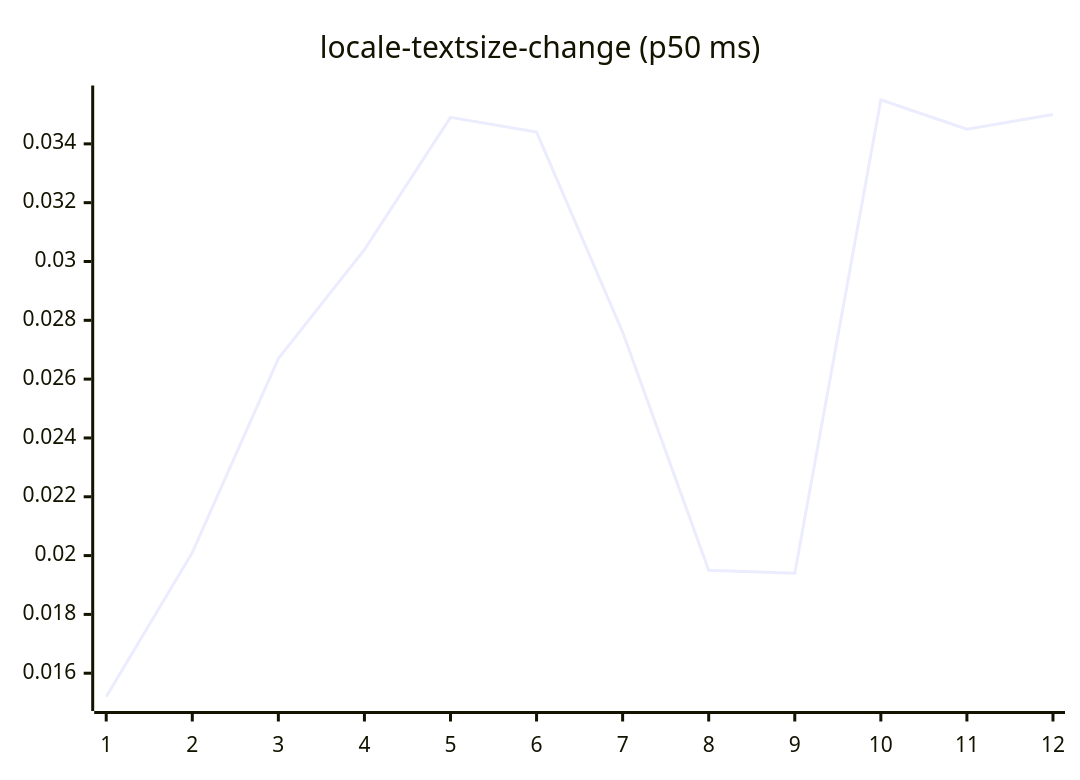
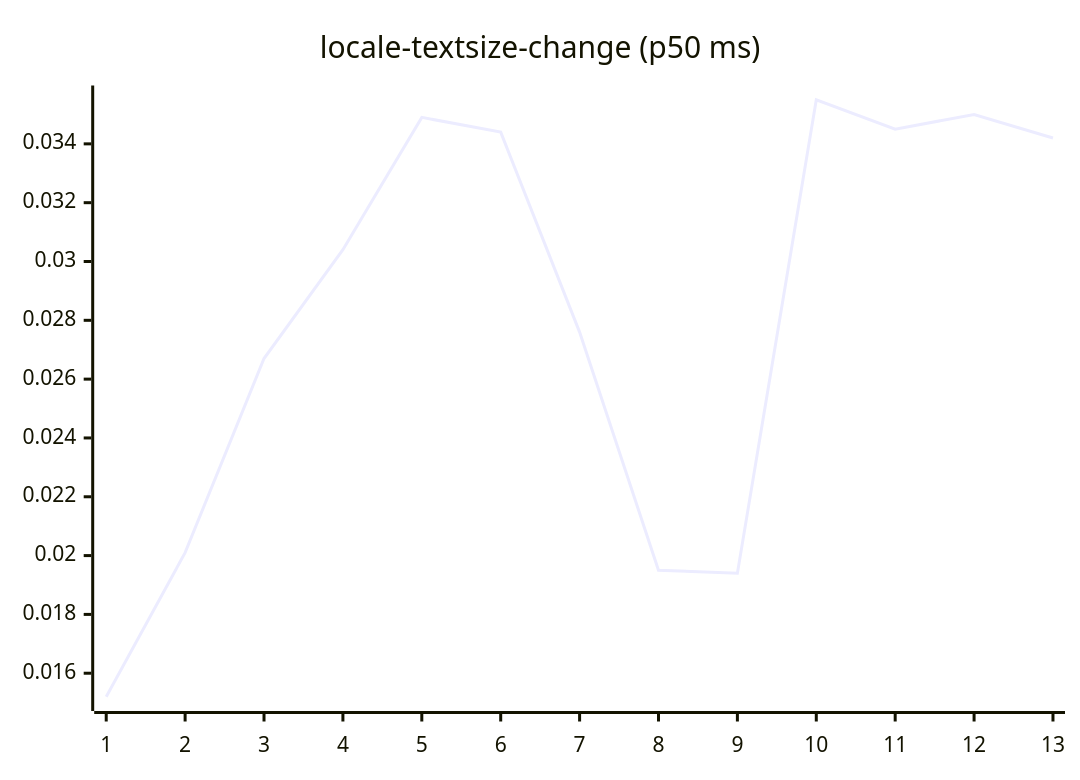
Before and after one commit to josha/Facet: diagram 13 of 27 in README.md, drawn with Mermaid. The commit also changed other lines of this file and 2 other files, not shown here.

````diff
--- a/README.md
+++ b/README.md
@@ -147,6 +147,6 @@
 ```mermaid
 xychart-beta
     title "locale-textsize-change (p50 ms)"
-    x-axis 1 --> 12
-    line [0.0152, 0.0201, 0.0267, 0.0304, 0.0349, 0.0344, 0.0276, 0.0195, 0.0194, 0.0355, 0.0345, 0.0350]
+    x-axis 1 --> 13
+    line [0.0152, 0.0201, 0.0267, 0.0304, 0.0349, 0.0344, 0.0276, 0.0195, 0.0194, 0.0355, 0.0345, 0.0350, 0.0342]
 ```
````
